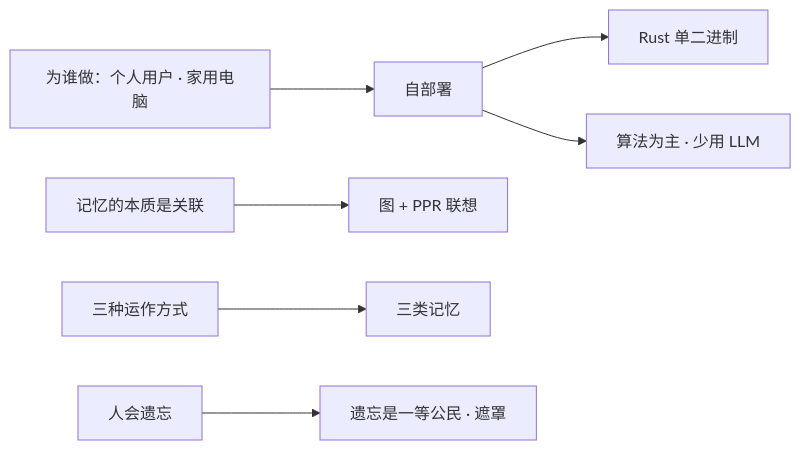
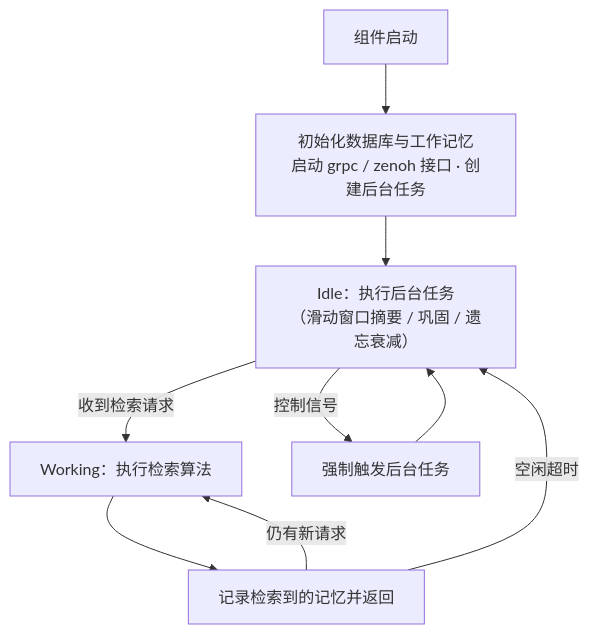
The third of 3 diagrams in book/src/architecture/overview.md (dynamder/Soulmem), drawn with Mermaid before and after one commit. The commit also changed other lines of this file and 36 other files, not shown here.

````diff
--- a/book/src/architecture/overview.md
+++ b/book/src/architecture/overview.md
@@ -100,9 +87,11 @@
 ```mermaid
-graph LR
-    A["为谁做：个人用户 · 家用电脑"] --> B["自部署"]
-    B --> C["Rust 单二进制"]
-    B --> D["算法为主 · 少用 LLM"]
-    E["记忆的本质是关联"] --> F["图 + PPR 联想"]
-    G["三种运作方式"] --> H["三类记忆"]
-    I["人会遗忘"] --> J["遗忘是一等公民 · 遮罩"]
+graph TD
+    A["组件启动"] --> B["初始化数据库与工作记忆<br/>启动 grpc / zenoh 接口 · 创建后台任务"]
+    B --> C["Idle：执行后台任务<br/>（滑动窗口摘要 / 巩固 / 遗忘衰减）"]
+    C -->|"收到检索请求"| D["Working：执行检索算法"]
+    D --> E["记录检索到的记忆并返回"]
+    E -->|"仍有新请求"| D
+    E -->|"空闲超时"| C
+    C -->|"控制信号"| F["强制触发后台任务"]
+    F --> C
 ```
````
